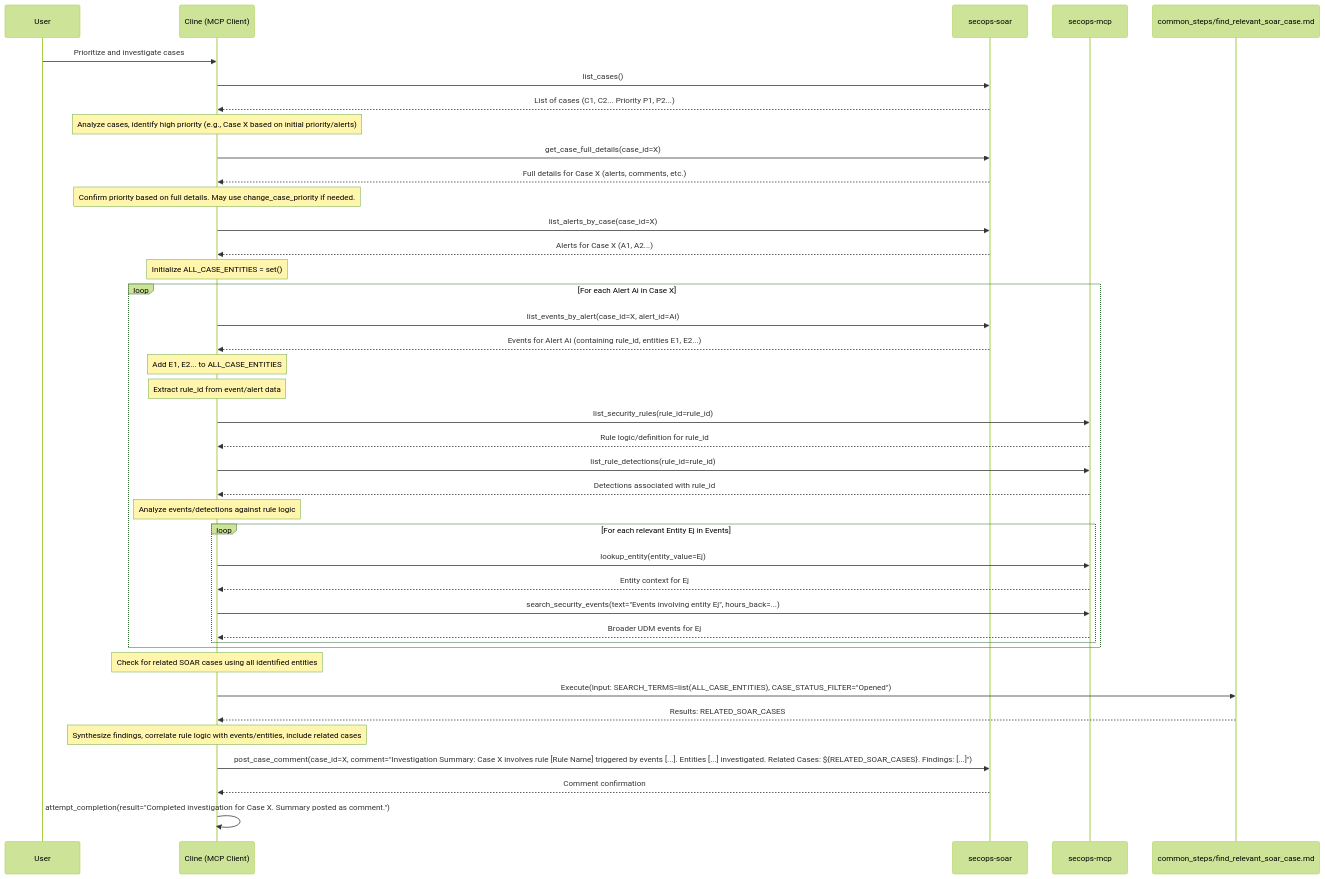
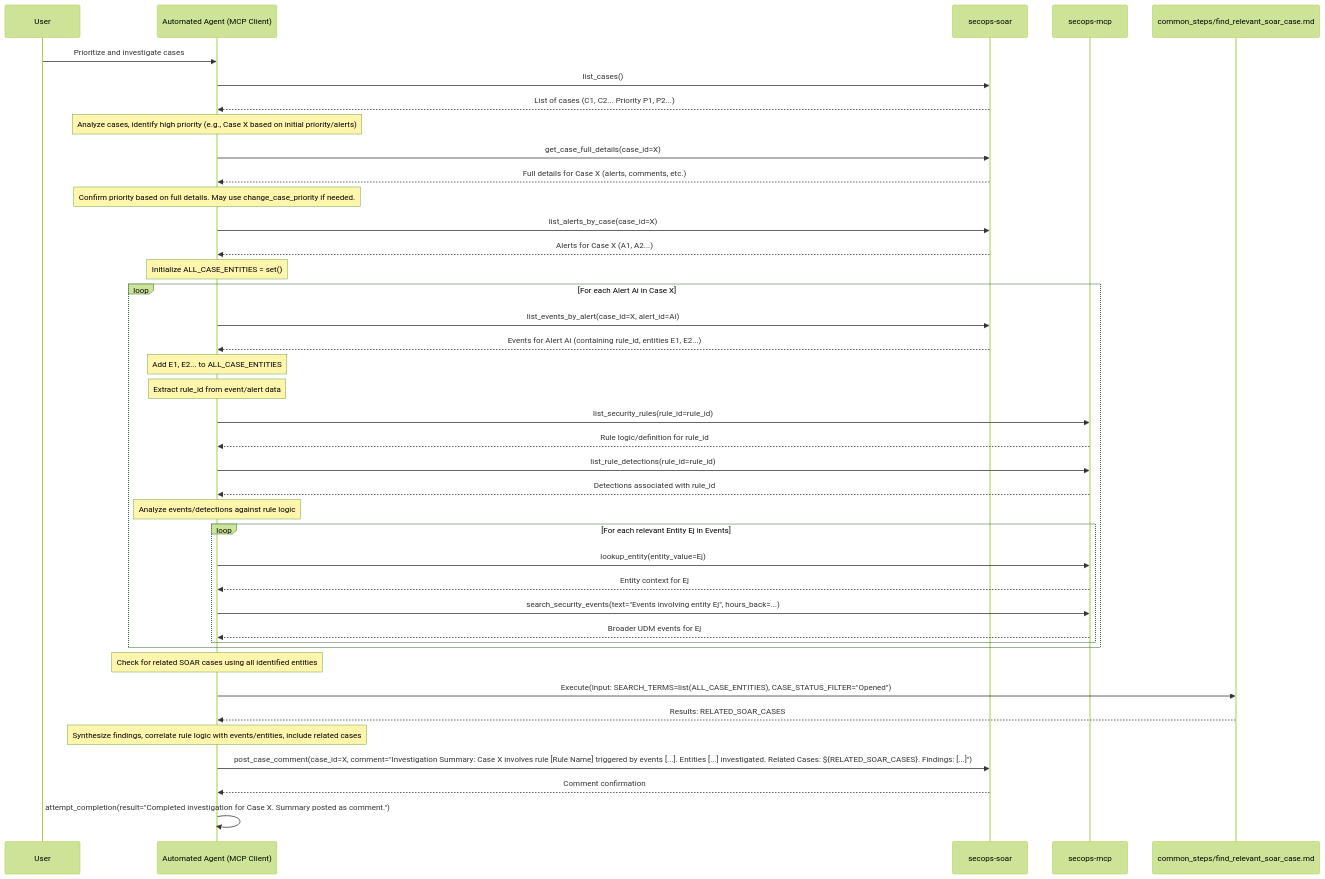
Before and after one commit to dandye/adk_runbooks: the diagram in rules-bank/run_books/prioritize_and_investigate_a_case.md, drawn with Mermaid (forest theme). The commit also changed 42 other files, not shown here.

````diff
--- a/rules-bank/run_books/prioritize_and_investigate_a_case.md
+++ b/rules-bank/run_books/prioritize_and_investigate_a_case.md
@@ -17,44 +17,44 @@
 ```{mermaid}
 sequenceDiagram
     participant User
-    participant Cline as Cline (MCP Client)
+    participant AutomatedAgent as Automated Agent (MCP Client)
     participant SOAR as secops-soar
     participant SIEM as secops-mcp
     participant FindCase as common_steps/find_relevant_soar_case.md
 
-    User->>Cline: Prioritize and investigate cases
-    Cline->>SOAR: list_cases()
-    SOAR-->>Cline: List of cases (C1, C2... Priority P1, P2...)
-    Note over Cline: Analyze cases, identify high priority (e.g., Case X based on initial priority/alerts)
-    Cline->>SOAR: get_case_full_details(case_id=X)
-    SOAR-->>Cline: Full details for Case X (alerts, comments, etc.)
-    Note over Cline: Confirm priority based on full details. May use change_case_priority if needed.
-    Cline->>SOAR: list_alerts_by_case(case_id=X)
-    SOAR-->>Cline: Alerts for Case X (A1, A2...)
-    Note over Cline: Initialize ALL_CASE_ENTITIES = set()
+    User->>AutomatedAgent: Prioritize and investigate cases
+    AutomatedAgent->>SOAR: list_cases()
+    SOAR-->>AutomatedAgent: List of cases (C1, C2... Priority P1, P2...)
+    Note over AutomatedAgent: Analyze cases, identify high priority (e.g., Case X based on initial priority/alerts)
+    AutomatedAgent->>SOAR: get_case_full_details(case_id=X)
+    SOAR-->>AutomatedAgent: Full details for Case X (alerts, comments, etc.)
+    Note over AutomatedAgent: Confirm priority based on full details. May use change_case_priority if needed.
+    AutomatedAgent->>SOAR: list_alerts_by_case(case_id=X)
+    SOAR-->>AutomatedAgent: Alerts for Case X (A1, A2...)
+    Note over AutomatedAgent: Initialize ALL_CASE_ENTITIES = set()
     loop For each Alert Ai in Case X
-        Cline->>SOAR: list_events_by_alert(case_id=X, alert_id=Ai)
-        SOAR-->>Cline: Events for Alert Ai (containing rule_id, entities E1, E2...)
-        Note over Cline: Add E1, E2... to ALL_CASE_ENTITIES
-        Note over Cline: Extract rule_id from event/alert data
-        Cline->>SIEM: list_security_rules(rule_id=rule_id)
-        SIEM-->>Cline: Rule logic/definition for rule_id
-        Cline->>SIEM: list_rule_detections(rule_id=rule_id)
-        SIEM-->>Cline: Detections associated with rule_id
-        Note over Cline: Analyze events/detections against rule logic
+        AutomatedAgent->>SOAR: list_events_by_alert(case_id=X, alert_id=Ai)
+        SOAR-->>AutomatedAgent: Events for Alert Ai (containing rule_id, entities E1, E2...)
+        Note over AutomatedAgent: Add E1, E2... to ALL_CASE_ENTITIES
+        Note over AutomatedAgent: Extract rule_id from event/alert data
+        AutomatedAgent->>SIEM: list_security_rules(rule_id=rule_id)
+        SIEM-->>AutomatedAgent: Rule logic/definition for rule_id
+        AutomatedAgent->>SIEM: list_rule_detections(rule_id=rule_id)
+        SIEM-->>AutomatedAgent: Detections associated with rule_id
+        Note over AutomatedAgent: Analyze events/detections against rule logic
         loop For each relevant Entity Ej in Events
-            Cline->>SIEM: lookup_entity(entity_value=Ej)
-            SIEM-->>Cline: Entity context for Ej
-            Cline->>SIEM: search_security_events(text="Events involving entity Ej", hours_back=...)
-            SIEM-->>Cline: Broader UDM events for Ej
+            AutomatedAgent->>SIEM: lookup_entity(entity_value=Ej)
+            SIEM-->>AutomatedAgent: Entity context for Ej
+            AutomatedAgent->>SIEM: search_security_events(text="Events involving entity Ej", hours_back=...)
+            SIEM-->>AutomatedAgent: Broader UDM events for Ej
         end
     end
-    Note over Cline: Check for related SOAR cases using all identified entities
-    Cline->>FindCase: Execute(Input: SEARCH_TERMS=list(ALL_CASE_ENTITIES), CASE_STATUS_FILTER="Opened")
-    FindCase-->>Cline: Results: RELATED_SOAR_CASES
-    Note over Cline: Synthesize findings, correlate rule logic with events/entities, include related cases
-    Cline->>SOAR: post_case_comment(case_id=X, comment="Investigation Summary: Case X involves rule [Rule Name] triggered by events [...]. Entities [...] investigated. Related Cases: ${RELATED_SOAR_CASES}. Findings: [...]")
-    SOAR-->>Cline: Comment confirmation
-    Cline->>Cline: attempt_completion(result="Completed investigation for Case X. Summary posted as comment.")
+    Note over AutomatedAgent: Check for related SOAR cases using all identified entities
+    AutomatedAgent->>FindCase: Execute(Input: SEARCH_TERMS=list(ALL_CASE_ENTITIES), CASE_STATUS_FILTER="Opened")
+    FindCase-->>AutomatedAgent: Results: RELATED_SOAR_CASES
+    Note over AutomatedAgent: Synthesize findings, correlate rule logic with events/entities, include related cases
+    AutomatedAgent->>SOAR: post_case_comment(case_id=X, comment="Investigation Summary: Case X involves rule [Rule Name] triggered by events [...]. Entities [...] investigated. Related Cases: ${RELATED_SOAR_CASES}. Findings: [...]")
+    SOAR-->>AutomatedAgent: Comment confirmation
+    AutomatedAgent->>AutomatedAgent: attempt_completion(result="Completed investigation for Case X. Summary posted as comment.")
 
 ```
````
